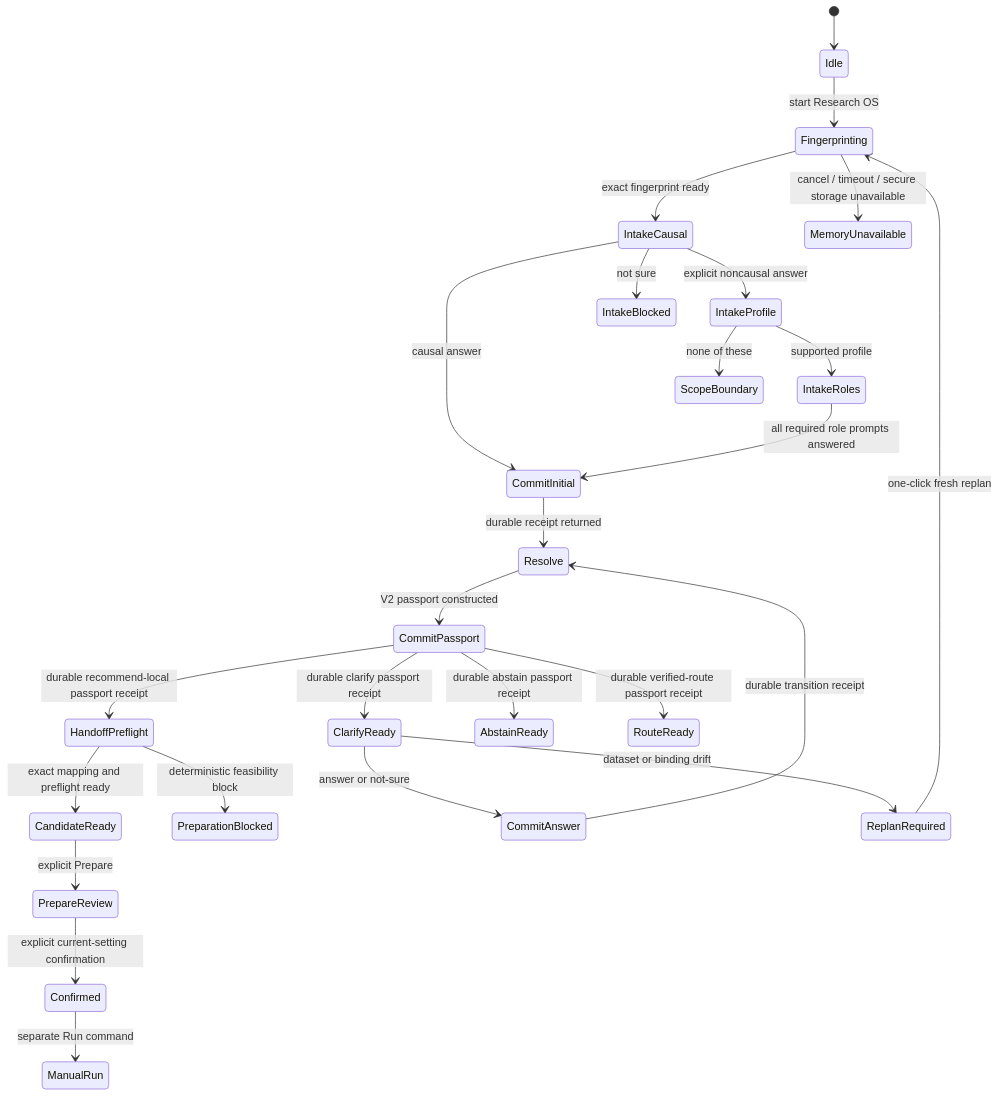
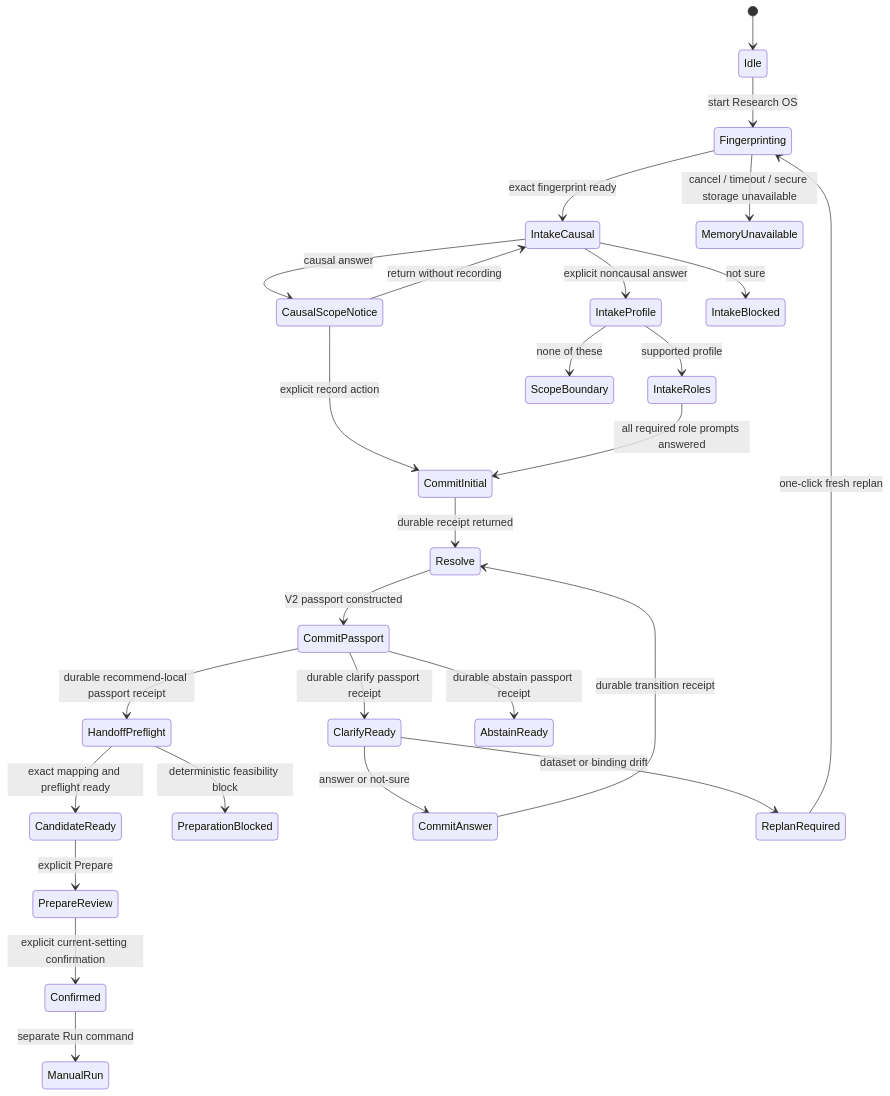
Before and after one commit to anomalia0287-ai/modori: the second of 2 diagrams in docs/superpowers/specs/2026-07-17-live-multi-round-research-os-ui-design.md, drawn with Mermaid. The commit also changed other lines of this file, not shown here.

````diff
--- a/docs/superpowers/specs/2026-07-17-live-multi-round-research-os-ui-design.md
+++ b/docs/superpowers/specs/2026-07-17-live-multi-round-research-os-ui-design.md
@@ -304,28 +339,29 @@
 ```mermaid
 stateDiagram-v2
     [*] --> Idle
     Idle --> Fingerprinting: start Research OS
     Fingerprinting --> IntakeCausal: exact fingerprint ready
     Fingerprinting --> MemoryUnavailable: cancel / timeout / secure storage unavailable
     IntakeCausal --> IntakeProfile: explicit noncausal answer
-    IntakeCausal --> CommitInitial: causal answer
+    IntakeCausal --> CausalScopeNotice: causal answer
+    CausalScopeNotice --> IntakeCausal: return without recording
+    CausalScopeNotice --> CommitInitial: explicit record action
     IntakeCausal --> IntakeBlocked: not sure
     IntakeProfile --> IntakeRoles: supported profile
     IntakeProfile --> ScopeBoundary: none of these
     IntakeRoles --> CommitInitial: all required role prompts answered
     CommitInitial --> Resolve: durable receipt returned
     Resolve --> CommitPassport: V2 passport constructed
     CommitPassport --> ClarifyReady: durable clarify passport receipt
     CommitPassport --> HandoffPreflight: durable recommend-local passport receipt
     HandoffPreflight --> CandidateReady: exact mapping and preflight ready
     HandoffPreflight --> PreparationBlocked: deterministic feasibility block
     CommitPassport --> AbstainReady: durable abstain passport receipt
-    CommitPassport --> RouteReady: durable verified-route passport receipt
     ClarifyReady --> CommitAnswer: answer or not-sure
     CommitAnswer --> Resolve: durable transition receipt
     ClarifyReady --> ReplanRequired: dataset or binding drift
     CandidateReady --> PrepareReview: explicit Prepare
     PrepareReview --> Confirmed: explicit current-setting confirmation
     Confirmed --> ManualRun: separate Run command
     ReplanRequired --> Fingerprinting: one-click fresh replan
 ```
````
